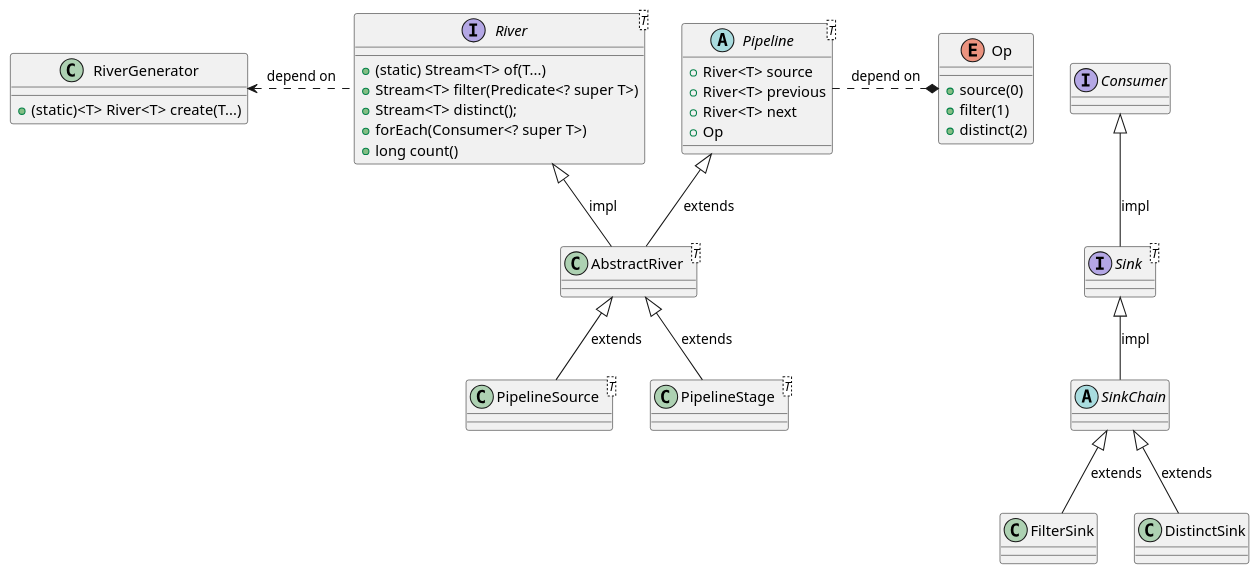
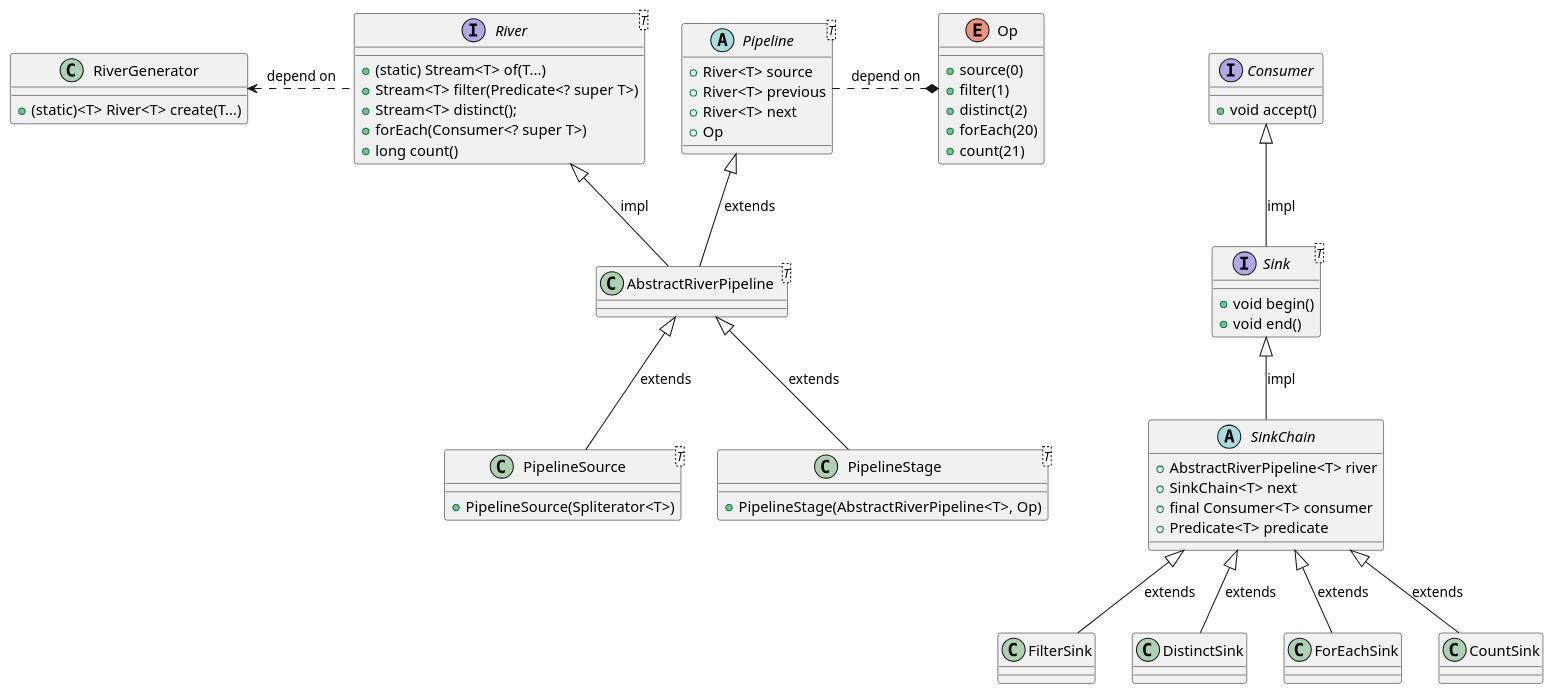
Before and after one commit to zexho994/River: the diagram in docs/自制/类图.puml, drawn with PlantUML. The commit also changed 13 other files, not shown here.

```diff
--- a/docs/自制/类图.puml
+++ b/docs/自制/类图.puml
@@ -1,54 +1,72 @@
 @startuml
 
 interface River<T>{
     + (static) Stream<T> of(T...)
     + Stream<T> filter(Predicate<? super T>)
     + Stream<T> distinct();
     + forEach(Consumer<? super T>)
     + long count()
 }
 
 class RiverGenerator{
     + (static)<T> River<T> create(T...)
 }
 
 River .left.> RiverGenerator : depend on
 
 abstract Pipeline<T>{
     + River<T> source
     + River<T> previous
     + River<T> next
     + Op
 }
 Pipeline .* Op : depend on
 
-class AbstractRiver<T>{}
-River <|-- AbstractRiver : impl
-Pipeline <|-- AbstractRiver : extends
+class AbstractRiverPipeline<T>{}
+River <|-- AbstractRiverPipeline : impl
+Pipeline <|-- AbstractRiverPipeline : extends
 
-class PipelineSource<T>{}
-class PipelineStage<T>{}
-AbstractRiver<|-- PipelineSource : extends
-AbstractRiver <|-- PipelineStage : extends
+class PipelineSource<T>{
+    + PipelineSource(Spliterator<T>)
+}
+class PipelineStage<T>{
+    + PipelineStage(AbstractRiverPipeline<T>, Op)
+}
+AbstractRiverPipeline<|-- PipelineSource : extends
+AbstractRiverPipeline <|-- PipelineStage : extends
 
 enum Op{
     + source(0)
     + filter(1)
     + distinct(2)
+    + forEach(20)
+    + count(21)
 }
 
-interface Consumer{}
-interface Sink<T>{}
+interface Consumer{
+    + void accept()
+}
+interface Sink<T>{
+    + void begin()
+    + void end()
+}
 Consumer <|-- Sink : impl
 
-abstract SinkChain{}
+abstract SinkChain{
+    + AbstractRiverPipeline<T> river
+    + SinkChain<T> next
+    + final Consumer<T> consumer
+    + Predicate<T> predicate
+}
 Sink <|-- SinkChain : impl
 
 class FilterSink{}
+class DistinctSink{}
+class ForEachSink{}
+class CountSink{}
 SinkChain <|-- FilterSink : extends
-
-class DistinctSink{}
 SinkChain <|-- DistinctSink : extends
-
+SinkChain <|-- ForEachSink : extends
+SinkChain <|-- CountSink : extends
 
 @enduml
```
